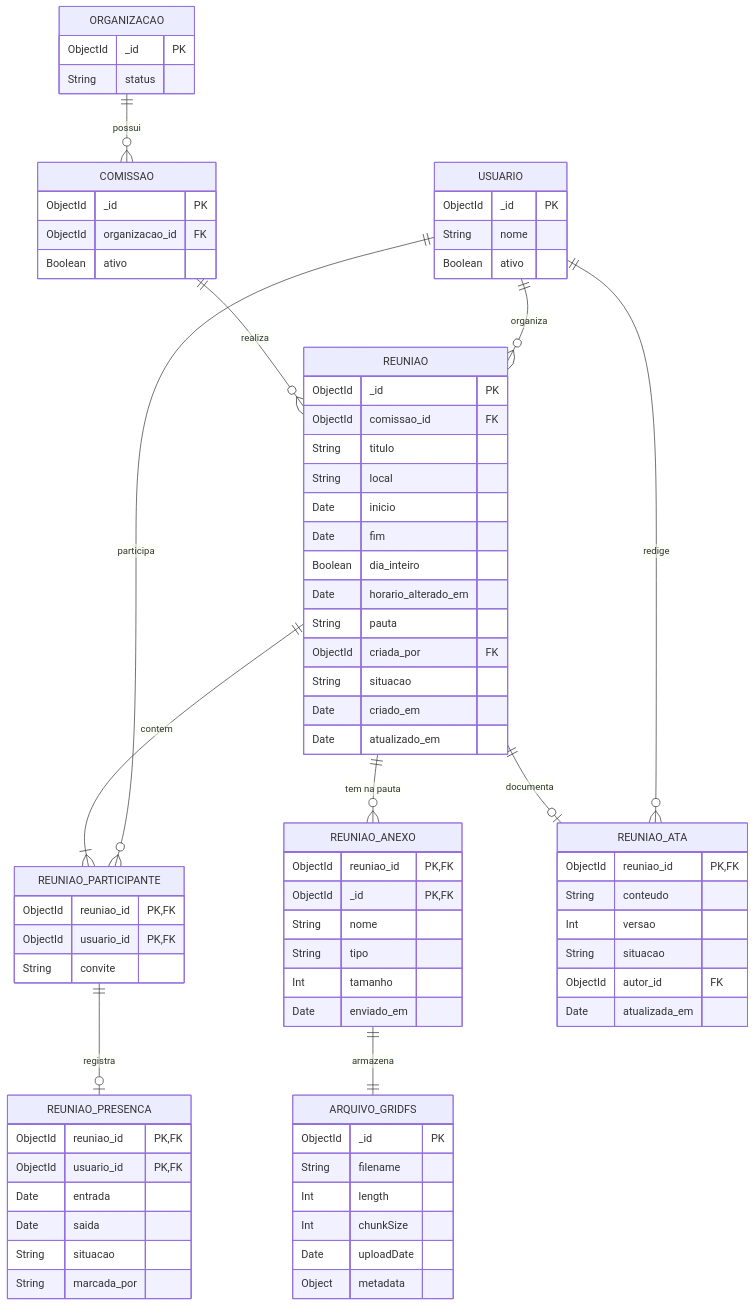
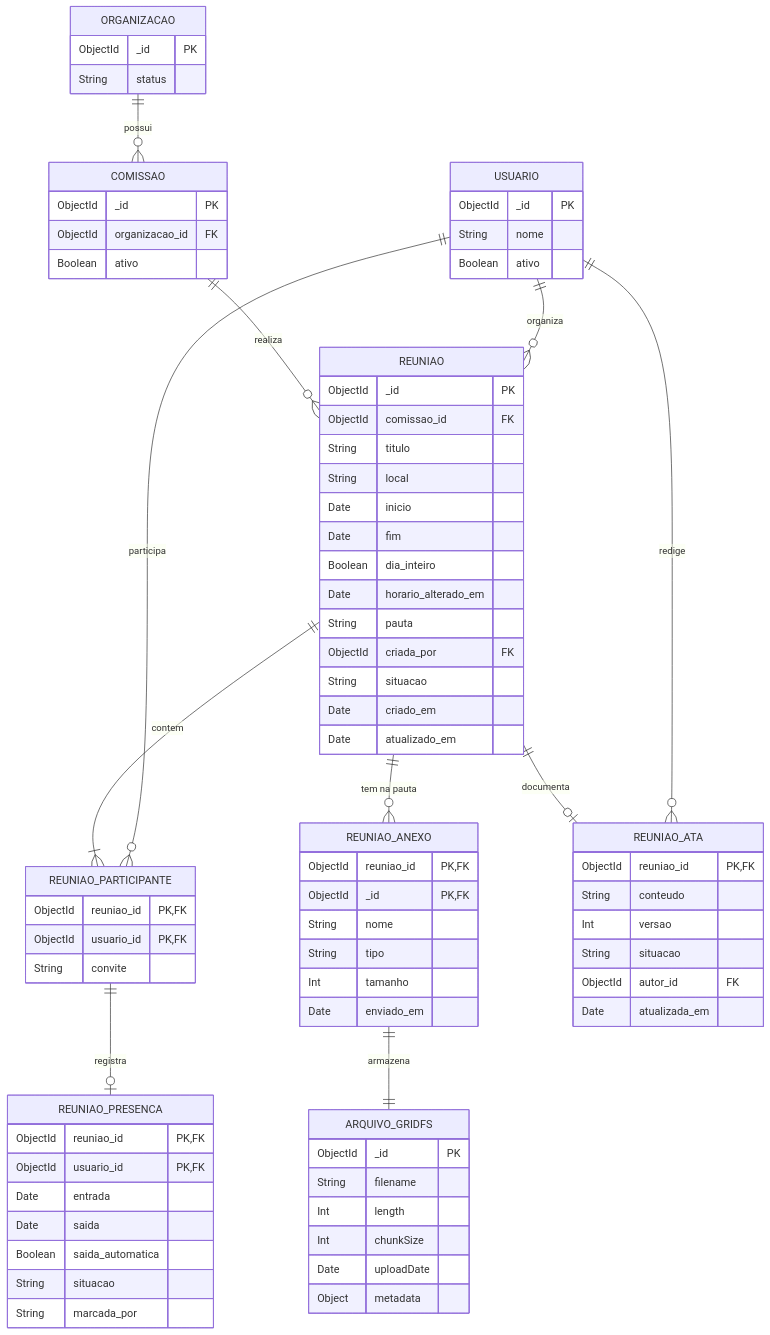
The diagram in 3 - Incremento2/reunioes/4 - diagrama-relacional-reunioes.md (Conecta-IFSP/DOCUMENTATION), drawn with Mermaid before and after one commit. The commit also changed 7 other files, not shown here.

````diff
--- a/3 - Incremento2/reunioes/4 - diagrama-relacional-reunioes.md
+++ b/3 - Incremento2/reunioes/4 - diagrama-relacional-reunioes.md
@@ -13,80 +13,81 @@
 ```mermaid
 erDiagram
     ORGANIZACAO ||--o{ COMISSAO : possui
     COMISSAO ||--o{ REUNIAO : realiza
     USUARIO ||--o{ REUNIAO : organiza
     REUNIAO ||--|{ REUNIAO_PARTICIPANTE : contem
     USUARIO ||--o{ REUNIAO_PARTICIPANTE : participa
     REUNIAO_PARTICIPANTE ||--o| REUNIAO_PRESENCA : registra
     REUNIAO ||--o{ REUNIAO_ANEXO : "tem na pauta"
     REUNIAO_ANEXO ||--|| ARQUIVO_GRIDFS : armazena
     REUNIAO ||--o| REUNIAO_ATA : documenta
     USUARIO ||--o{ REUNIAO_ATA : redige
 
     REUNIAO {
         ObjectId _id PK
         ObjectId comissao_id FK
         String titulo
         String local
         Date inicio
         Date fim
         Boolean dia_inteiro
         Date horario_alterado_em
         String pauta
         ObjectId criada_por FK
         String situacao
         Date criado_em
         Date atualizado_em
     }
     REUNIAO_ANEXO {
         ObjectId reuniao_id PK,FK
         ObjectId _id PK,FK
         String nome
         String tipo
         Int tamanho
         Date enviado_em
     }
     ARQUIVO_GRIDFS {
         ObjectId _id PK
         String filename
         Int length
         Int chunkSize
         Date uploadDate
         Object metadata
     }
     REUNIAO_PARTICIPANTE {
         ObjectId reuniao_id PK,FK
         ObjectId usuario_id PK,FK
         String convite
     }
     REUNIAO_PRESENCA {
         ObjectId reuniao_id PK,FK
         ObjectId usuario_id PK,FK
         Date entrada
         Date saida
+        Boolean saida_automatica
         String situacao
         String marcada_por
     }
     REUNIAO_ATA {
         ObjectId reuniao_id PK,FK
         String conteudo
         Int versao
         String situacao
         ObjectId autor_id FK
         Date atualizada_em
     }
     COMISSAO {
         ObjectId _id PK
         ObjectId organizacao_id FK
         Boolean ativo
     }
     ORGANIZACAO {
         ObjectId _id PK
         String status
     }
     USUARIO {
         ObjectId _id PK
         String nome
         Boolean ativo
     }
 ```
````
